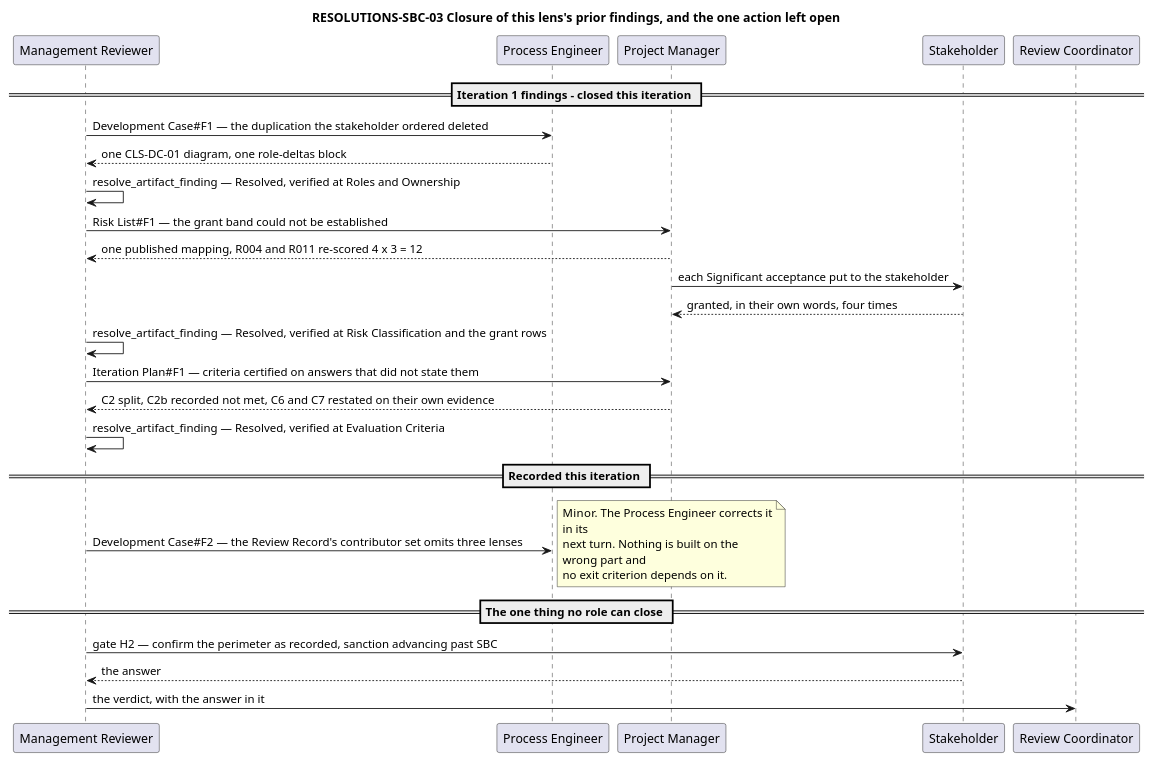
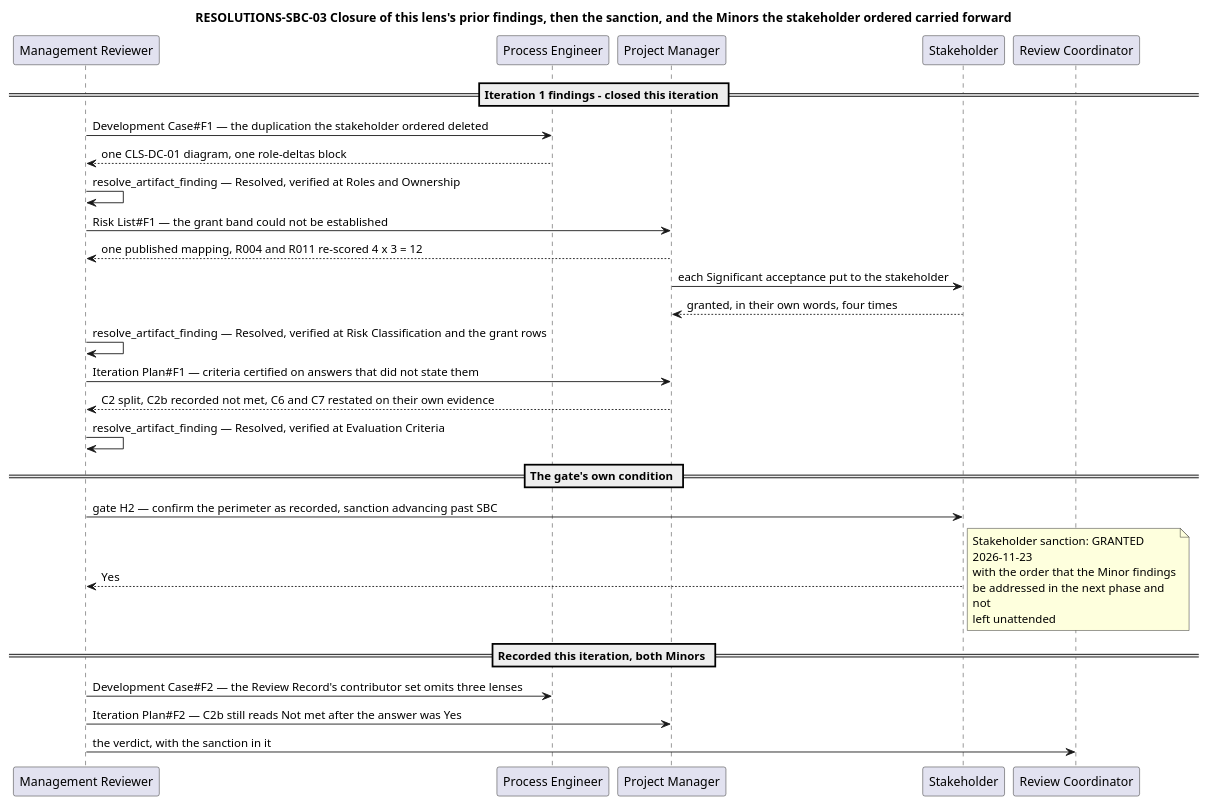
The ninth of 13 diagrams in docs/artifacts/project-management/review-record.md (banense-test/TodoApp), drawn with PlantUML before and after one commit. The commit also changed other lines of this file, not shown here.

Commit message:
Management Reviewer [Survey2]: upsert Review Record
[skip ci]

````diff
--- a/docs/artifacts/project-management/review-record.md
+++ b/docs/artifacts/project-management/review-record.md
@@ -713,43 +713,46 @@
 ```plantuml
 @startuml
-title RESOLUTIONS-SBC-03 Closure of this lens's prior findings, and the one action left open
+title RESOLUTIONS-SBC-03 Closure of this lens's prior findings, then the sanction, and the Minors the stakeholder ordered carried forward
 
 skinparam shadowing false
 skinparam sequenceMessageAlign left
 skinparam wrapWidth 240
 
 participant "Management Reviewer" as MR
 participant "Process Engineer" as PE
 participant "Project Manager" as PM
 participant "Stakeholder" as SH
 participant "Review Coordinator" as RC
 
 == Iteration 1 findings - closed this iteration ==
 MR -> PE : Development Case#F1 — the duplication the stakeholder ordered deleted
 PE --> MR : one CLS-DC-01 diagram, one role-deltas block
 MR -> MR : resolve_artifact_finding — Resolved, verified at Roles and Ownership
 
 MR -> PM : Risk List#F1 — the grant band could not be established
 PM --> MR : one published mapping, R004 and R011 re-scored 4 x 3 = 12
 PM -> SH : each Significant acceptance put to the stakeholder
 SH --> PM : granted, in their own words, four times
 MR -> MR : resolve_artifact_finding — Resolved, verified at Risk Classification and the grant rows
 
 MR -> PM : Iteration Plan#F1 — criteria certified on answers that did not state them
 PM --> MR : C2 split, C2b recorded not met, C6 and C7 restated on their own evidence
 MR -> MR : resolve_artifact_finding — Resolved, verified at Evaluation Criteria
 
-== Recorded this iteration ==
-MR -> PE : Development Case#F2 — the Review Record's contributor set omits three lenses
+== The gate's own condition ==
+MR -> SH : gate H2 — confirm the perimeter as recorded, sanction advancing past SBC
+SH --> MR : Yes
 note right
-  Minor. The Process Engineer corrects it in its
-  next turn. Nothing is built on the wrong part and
-  no exit criterion depends on it.
+  Stakeholder sanction: GRANTED
+  2026-11-23
+  with the order that the Minor findings
+  be addressed in the next phase and not
+  left unattended
 end note
 
-== The one thing no role can close ==
-MR -> SH : gate H2 — confirm the perimeter as recorded, sanction advancing past SBC
-SH --> MR : the answer
-MR -> RC : the verdict, with the answer in it
+== Recorded this iteration, both Minors ==
+MR -> PE : Development Case#F2 — the Review Record's contributor set omits three lenses
+MR -> PM : Iteration Plan#F2 — C2b still reads Not met after the answer was Yes
+MR -> RC : the verdict, with the sanction in it
 @enduml
 ```
````
